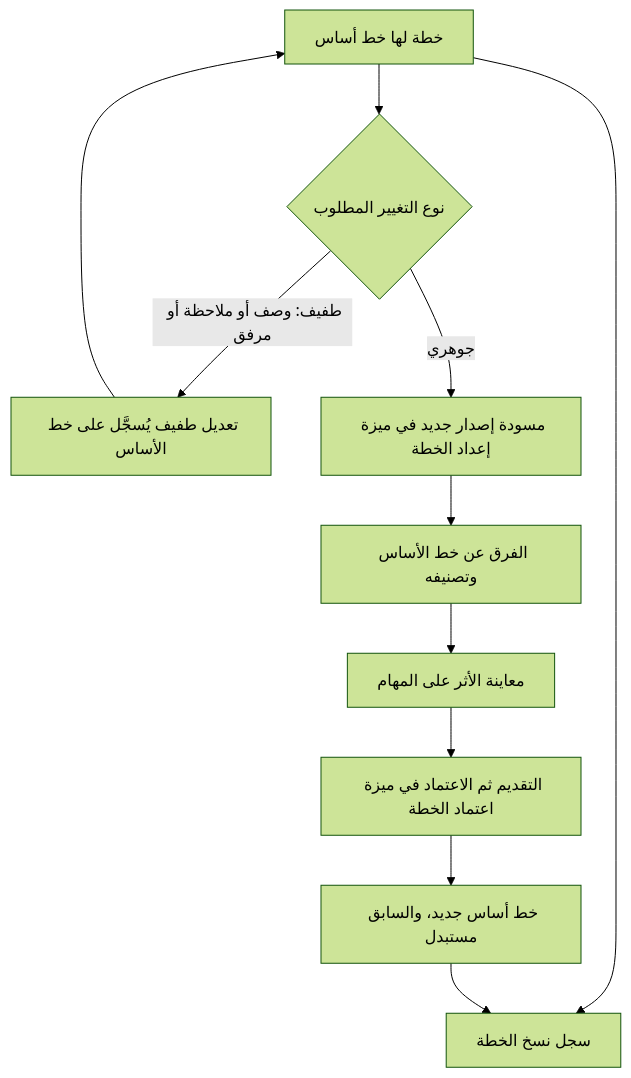
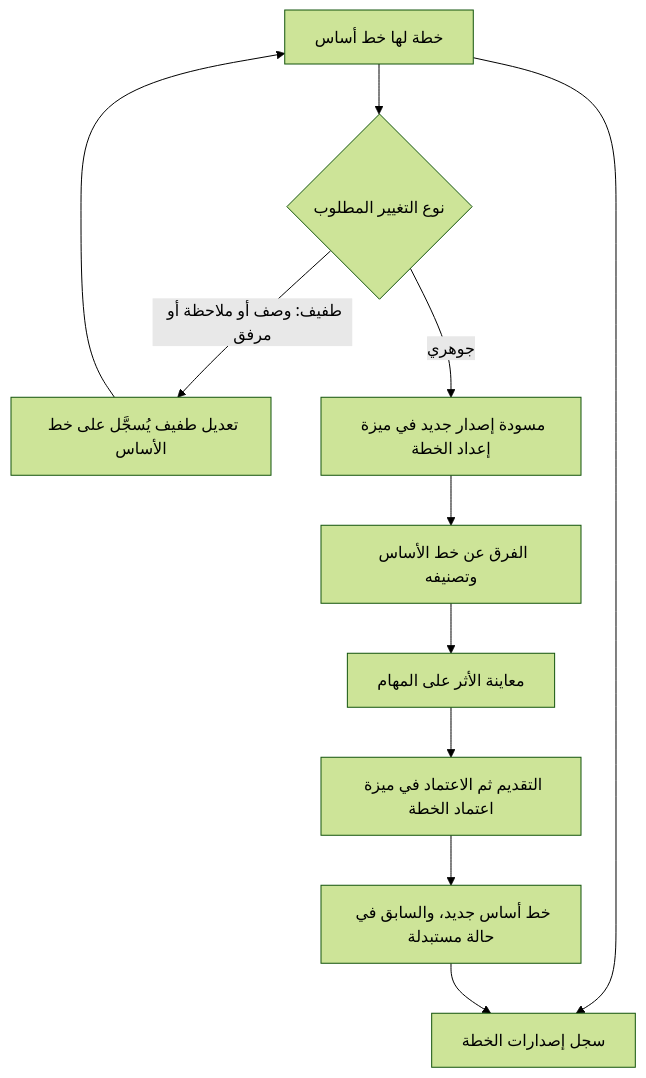
The first of 2 diagrams in spec/18-analysis-design/05-user-stories/CAP-07-planning-execution/FEAT-OPS-PLAN-VERSIONS.md (Ayoubkhattab/Planing), drawn with Mermaid (forest theme) before and after one commit. The commit also changed other lines of this file and 4 other files, not shown here.

````diff
--- a/spec/18-analysis-design/05-user-stories/CAP-07-planning-execution/FEAT-OPS-PLAN-VERSIONS.md
+++ b/spec/18-analysis-design/05-user-stories/CAP-07-planning-execution/FEAT-OPS-PLAN-VERSIONS.md
@@ -50,13 +50,13 @@
 ```mermaid
 flowchart TB
   BASE["خطة لها خط أساس"] --> NEED{"نوع التغيير المطلوب"}
   NEED -->|"طفيف: وصف أو ملاحظة أو مرفق"| AMEND["تعديل طفيف يُسجَّل على خط الأساس"]
   AMEND --> BASE
   NEED -->|"جوهري"| DRAFT["مسودة إصدار جديد في ميزة إعداد الخطة"]
   DRAFT --> DIFF["الفرق عن خط الأساس وتصنيفه"]
   DIFF --> PREVIEW["معاينة الأثر على المهام"]
   PREVIEW --> APPROVE["التقديم ثم الاعتماد في ميزة اعتماد الخطة"]
-  APPROVE --> NEWBASE["خط أساس جديد، والسابق مستبدل"]
-  BASE --> HIST["سجل نسخ الخطة"]
+  APPROVE --> NEWBASE["خط أساس جديد، والسابق في حالة مستبدلة"]
+  BASE --> HIST["سجل إصدارات الخطة"]
   NEWBASE --> HIST
 ```
````
